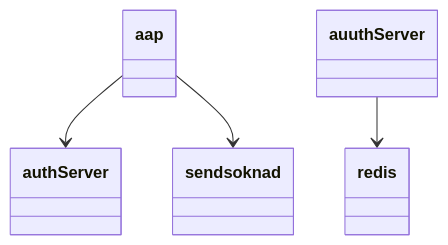
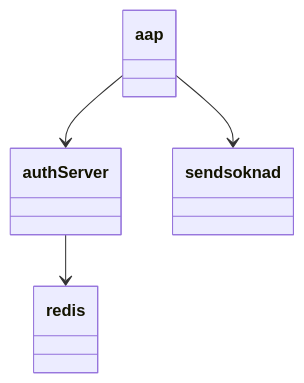
Before and after one commit to navikt/sendsoknad-boot: the diagram in docs/redis_avhengighet.md, drawn with Mermaid.

Commit message:
rettet feilstaving

````diff
--- a/docs/redis_avhengighet.md
+++ b/docs/redis_avhengighet.md
@@ -3,6 +3,6 @@
 ```mermaid
 classDiagram
     aap-->authServer
     aap-->sendsoknad
-    auuthServer-->redis
+    authServer-->redis
 ```
````
